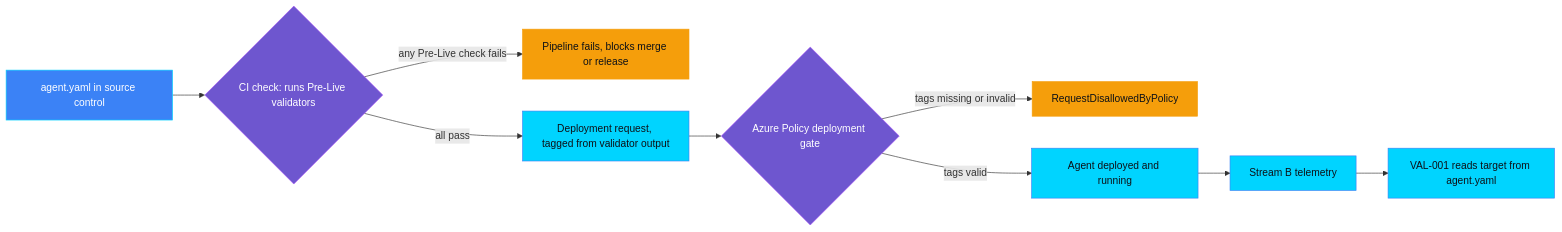
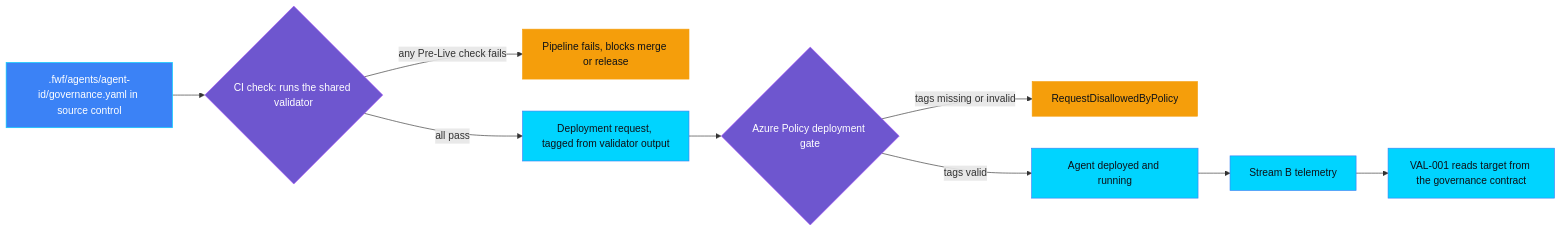
One commit to doruit/forged-with-foundry changed the second of 2 diagrams in controls/value_adoption_and_finops/ARCHITECTURE.md. Above: the diagram before and after it, drawn with Mermaid. The commit also changed other lines of this file and 50 other files, not shown here.

First line of the commit message:
feat: Add governance contract and evidence schemas for customer support agent

````diff
--- a/controls/value_adoption_and_finops/ARCHITECTURE.md
+++ b/controls/value_adoption_and_finops/ARCHITECTURE.md
@@ -113,20 +117,20 @@
 ```mermaid
 flowchart LR
-  Y[agent.yaml in source control] --> RG{CI check: runs Pre-Live validators}
+  Y[.fwf/agents/agent-id/governance.yaml in source control] --> RG{CI check: runs the shared validator}
   RG -->|any Pre-Live check fails| FAIL[Pipeline fails, blocks merge or release]
   RG -->|all pass| DEP[Deployment request, tagged from validator output]
   DEP --> AP{Azure Policy deployment gate}
   AP -->|tags missing or invalid| DENY[RequestDisallowedByPolicy]
   AP -->|tags valid| RUN[Agent deployed and running]
   RUN --> TEL[Stream B telemetry]
-  TEL --> V1[VAL-001 reads target from agent.yaml]
+  TEL --> V1[VAL-001 reads target from the governance contract]
 
   classDef governance fill:#6E56CF,stroke:#A855F7,color:#FFFFFF
   classDef platform fill:#3B82F6,stroke:#00D4FF,color:#FFFFFF
   classDef evidence fill:#00D4FF,stroke:#3B82F6,color:#0D1117
   classDef attention fill:#F59E0B,stroke:#F59E0B,color:#0D1117
   class Y platform
   class RG,AP governance
   class DEP,RUN,TEL,V1 evidence
   class FAIL,DENY attention
 ```
````
